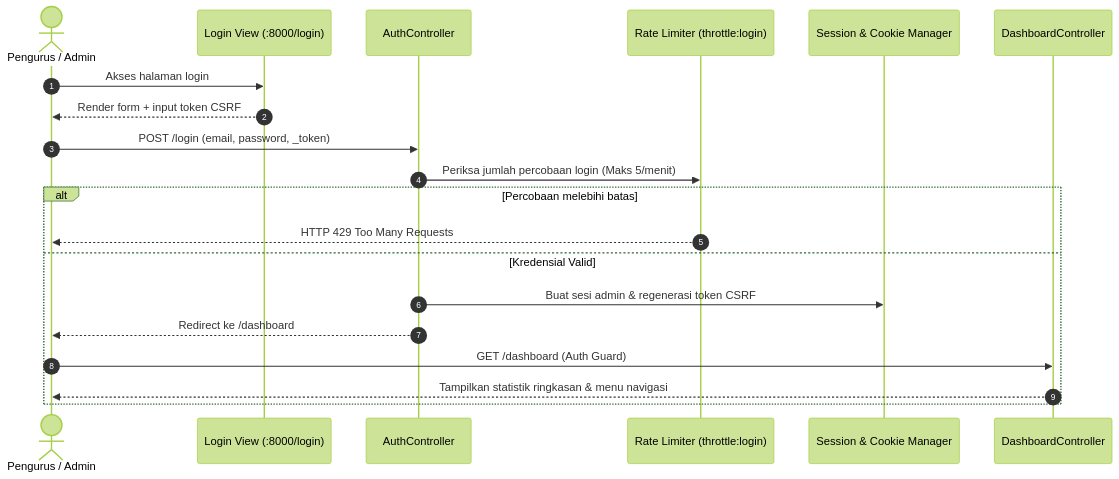
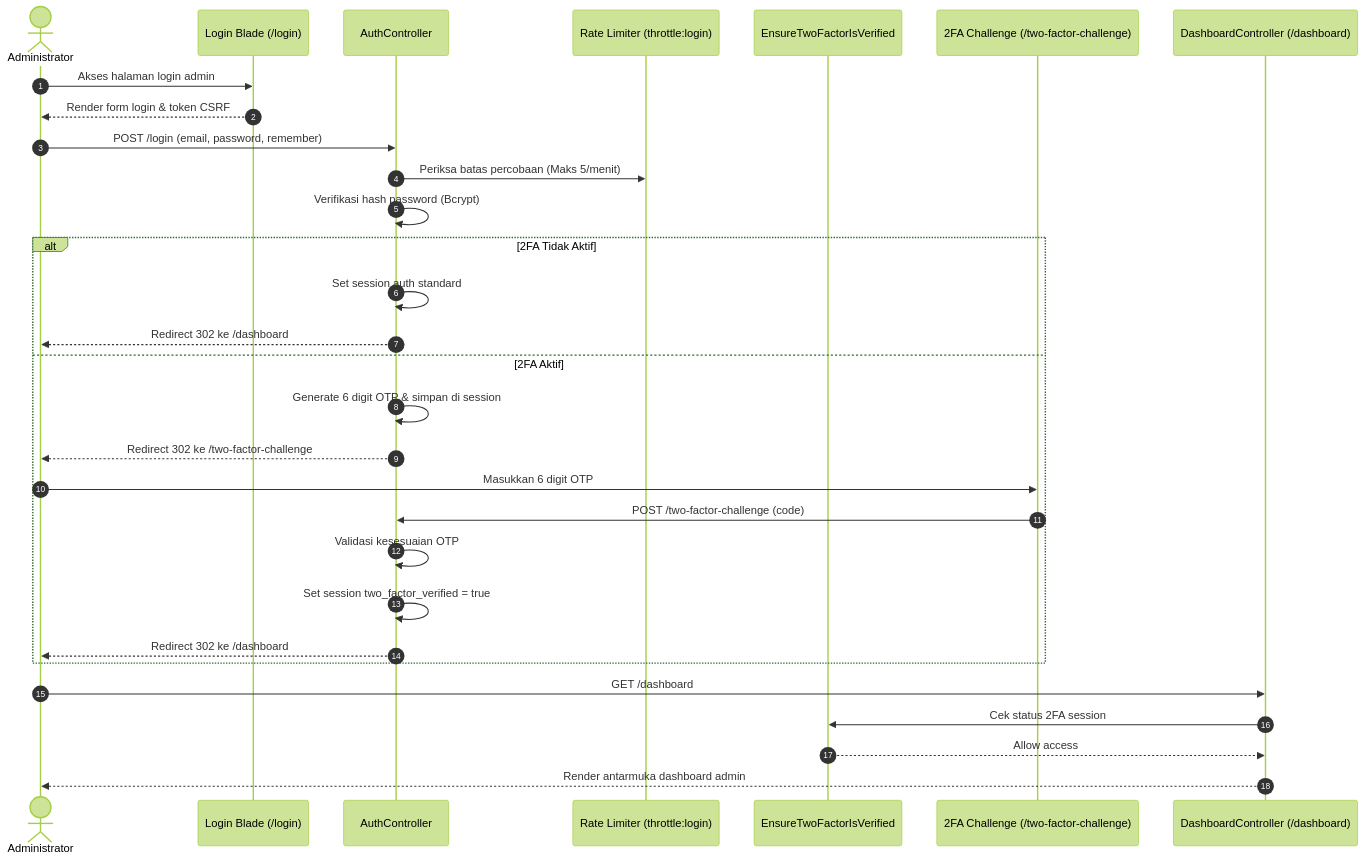
Before and after one commit to ikhsanhazamy/KP-IF-SAKTI: the third of 3 diagrams in docs/ARCHITECTURE.md, drawn with Mermaid (forest theme). The commit also changed other lines of this file and 4 other files, not shown here.

````diff
--- a/docs/ARCHITECTURE.md
+++ b/docs/ARCHITECTURE.md
@@ -73,24 +98,35 @@
 ```mermaid
 sequenceDiagram
     autonumber
-    actor Admin as Pengurus / Admin
-    participant Blade as Login View (:8000/login)
+    actor Admin as Administrator
+    participant LoginView as Login Blade (/login)
     participant AuthCtrl as AuthController
     participant Limiter as Rate Limiter (throttle:login)
-    participant Session as Session & Cookie Manager
-    participant Dashboard as DashboardController
+    participant TwoFactorMiddleware as EnsureTwoFactorIsVerified
+    participant TwoFactorView as 2FA Challenge (/two-factor-challenge)
+    participant Dashboard as DashboardController (/dashboard)
 
-    Admin->>Blade: Akses halaman login
-    Blade-->>Admin: Render form + input token CSRF
-    Admin->>AuthCtrl: POST /login (email, password, _token)
-    AuthCtrl->>Limiter: Periksa jumlah percobaan login (Maks 5/menit)
-    
-    alt Percobaan melebihi batas
-        Limiter-->>Admin: HTTP 429 Too Many Requests
-    else Kredensial Valid
-        AuthCtrl->>Session: Buat sesi admin & regenerasi token CSRF
-        AuthCtrl-->>Admin: Redirect ke /dashboard
-        Admin->>Dashboard: GET /dashboard (Auth Guard)
-        Dashboard-->>Admin: Tampilkan statistik ringkasan & menu navigasi
+    Admin->>LoginView: Akses halaman login admin
+    LoginView-->>Admin: Render form login & token CSRF
+    Admin->>AuthCtrl: POST /login (email, password, remember)
+    AuthCtrl->>Limiter: Periksa batas percobaan (Maks 5/menit)
+    AuthCtrl->>AuthCtrl: Verifikasi hash password (Bcrypt)
+
+    alt 2FA Tidak Aktif
+        AuthCtrl->>AuthCtrl: Set session auth standard
+        AuthCtrl-->>Admin: Redirect 302 ke /dashboard
+    else 2FA Aktif
+        AuthCtrl->>AuthCtrl: Generate 6 digit OTP & simpan di session
+        AuthCtrl-->>Admin: Redirect 302 ke /two-factor-challenge
+        Admin->>TwoFactorView: Masukkan 6 digit OTP
+        TwoFactorView->>AuthCtrl: POST /two-factor-challenge (code)
+        AuthCtrl->>AuthCtrl: Validasi kesesuaian OTP
+        AuthCtrl->>AuthCtrl: Set session two_factor_verified = true
+        AuthCtrl-->>Admin: Redirect 302 ke /dashboard
     end
+
+    Admin->>Dashboard: GET /dashboard
+    Dashboard->>TwoFactorMiddleware: Cek status 2FA session
+    TwoFactorMiddleware-->>Dashboard: Allow access
+    Dashboard-->>Admin: Render antarmuka dashboard admin
 ```
````
